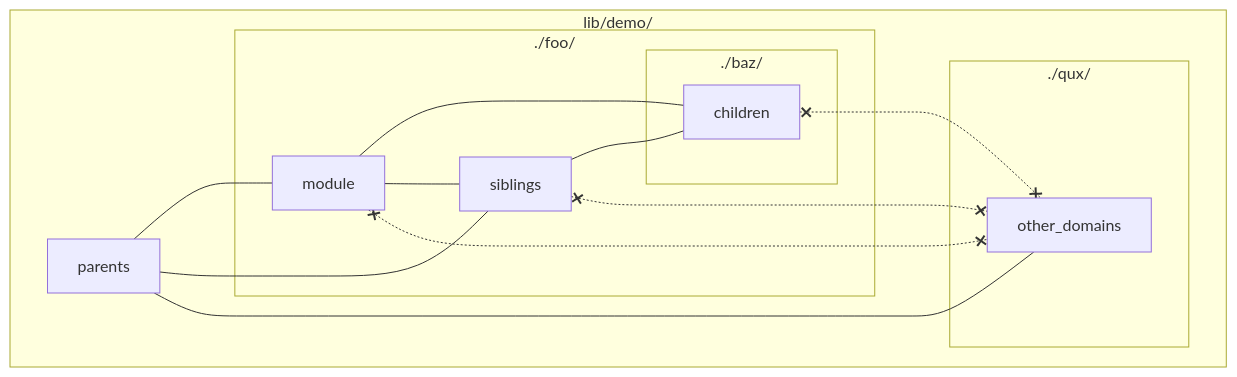
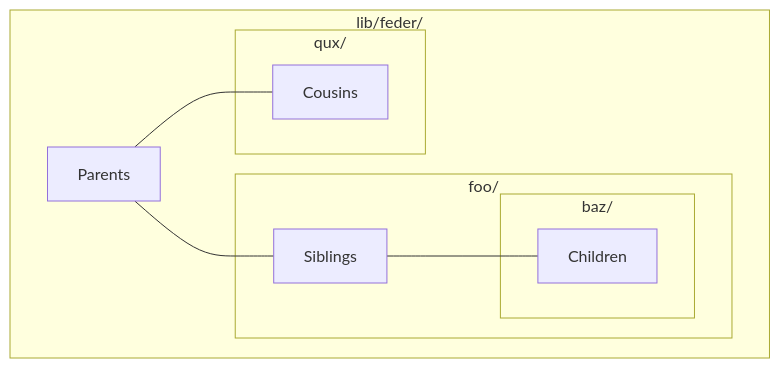
One commit to taronull/feder changed the diagram in README.md. Above: the diagram before and after it, drawn with Mermaid. The commit also changed other lines of this file, not shown here.

````diff
--- a/README.md
+++ b/README.md
@@ -24,21 +23,18 @@
 ```mermaid
 graph TD
-subgraph lib/demo/
-  parents --- module & siblings & other_domains
+subgraph lib/feder/
+  Parents --- Siblings & Cousins
 
-  subgraph ./foo/
-    module --- children & siblings
-    siblings --- children
+  subgraph foo/
+    Siblings --- Children
 
-    subgraph ./baz/
-      children
+    subgraph baz/
+      Children
     end
   end
 
-  subgraph ./qux/
-    other_domains 
-  end
-
-  module & siblings & children x-.-x other_domains
-end
+  subgraph qux/
+    Cousins 
+  end 
+end 
 ```
````
